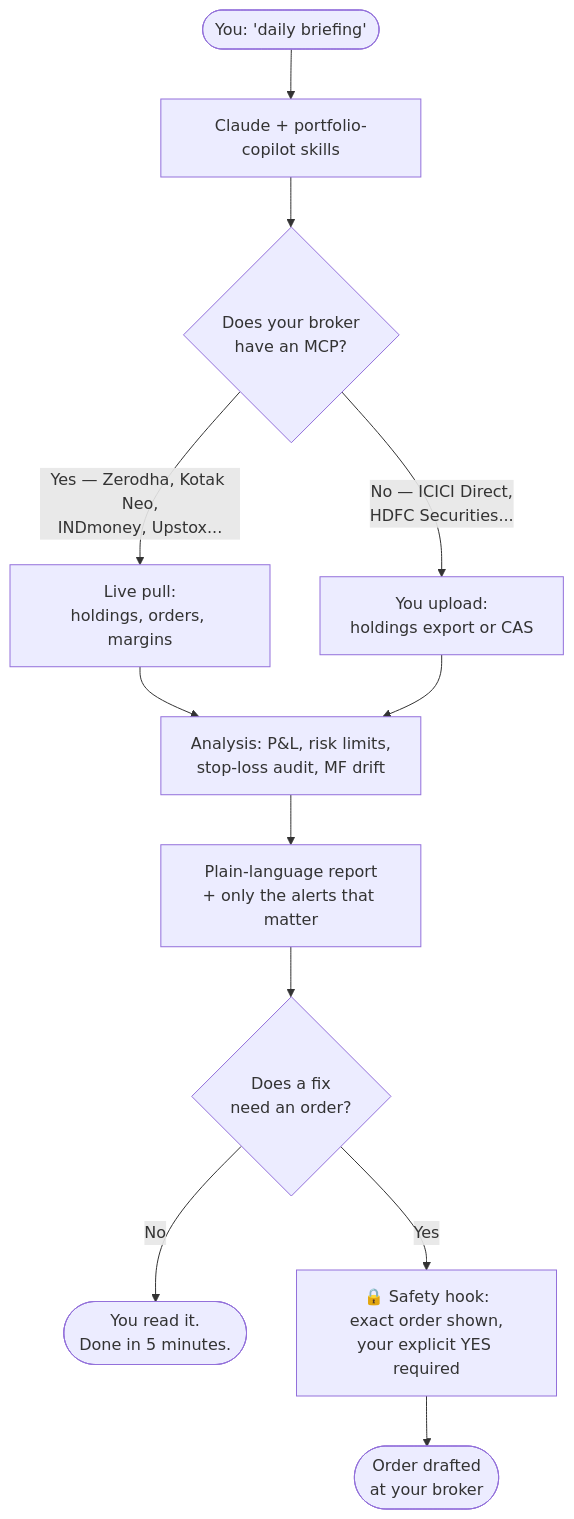
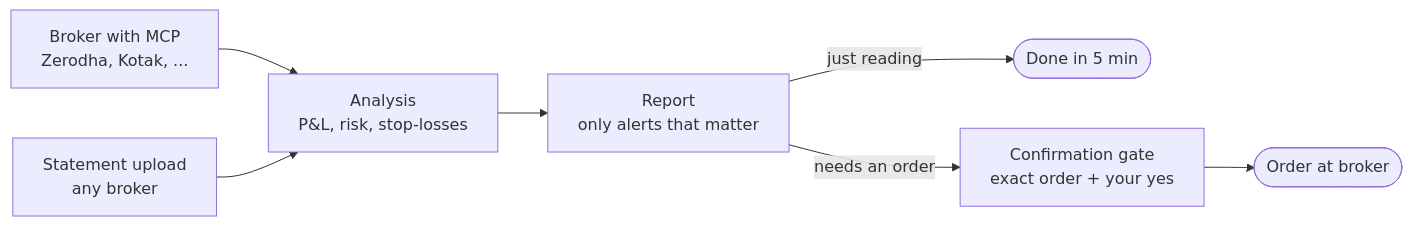
One commit to arunendapally/arunendapally.github.io changed the diagram in _posts/2026-07-03-portfolio-copilot-claude-plugin.md. Above: the diagram before and after it, drawn with Mermaid.

Commit message:
Simplify flow diagram: horizontal, 7 nodes, terse labels

````diff
--- a/_posts/2026-07-03-portfolio-copilot-claude-plugin.md
+++ b/_posts/2026-07-03-portfolio-copilot-claude-plugin.md
@@ -32,14 +32,9 @@
 ```mermaid
-flowchart TD
-    A(["You: 'daily briefing'"]) --> B["Claude + portfolio-copilot skills"]
-    B --> C{"Does your broker<br>have an MCP?"}
-    C -->|"Yes — Zerodha, Kotak Neo,<br>INDmoney, Upstox..."| D["Live pull:<br>holdings, orders, margins"]
-    C -->|"No — ICICI Direct,<br>HDFC Securities..."| E["You upload:<br>holdings export or CAS"]
-    D --> F["Analysis: P&L, risk limits,<br>stop-loss audit, MF drift"]
-    E --> F
-    F --> G["Plain-language report<br>+ only the alerts that matter"]
-    G --> H{"Does a fix<br>need an order?"}
-    H -->|No| I(["You read it.<br>Done in 5 minutes."])
-    H -->|Yes| J["🔒 Safety hook:<br>exact order shown,<br>your explicit YES required"]
-    J --> K(["Order drafted<br>at your broker"])
+flowchart LR
+    A["Broker with MCP<br>Zerodha, Kotak, ..."] --> C
+    B["Statement upload<br>any broker"] --> C
+    C["Analysis<br>P&L, risk, stop-losses"] --> D["Report<br>only alerts that matter"]
+    D -->|just reading| E(["Done in 5 min"])
+    D -->|needs an order| F["Confirmation gate<br>exact order + your yes"]
+    F --> G(["Order at broker"])
 ```
````
